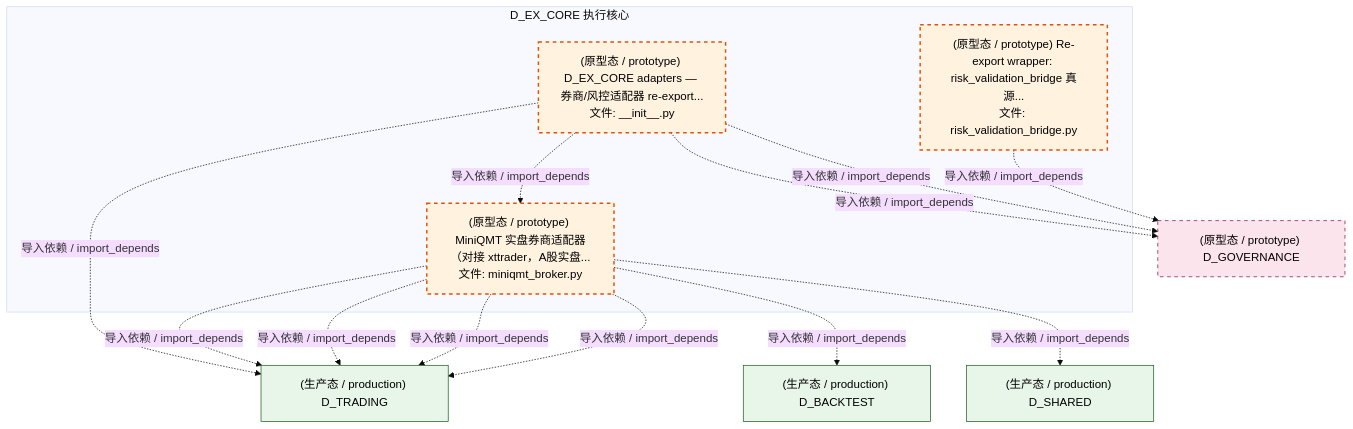
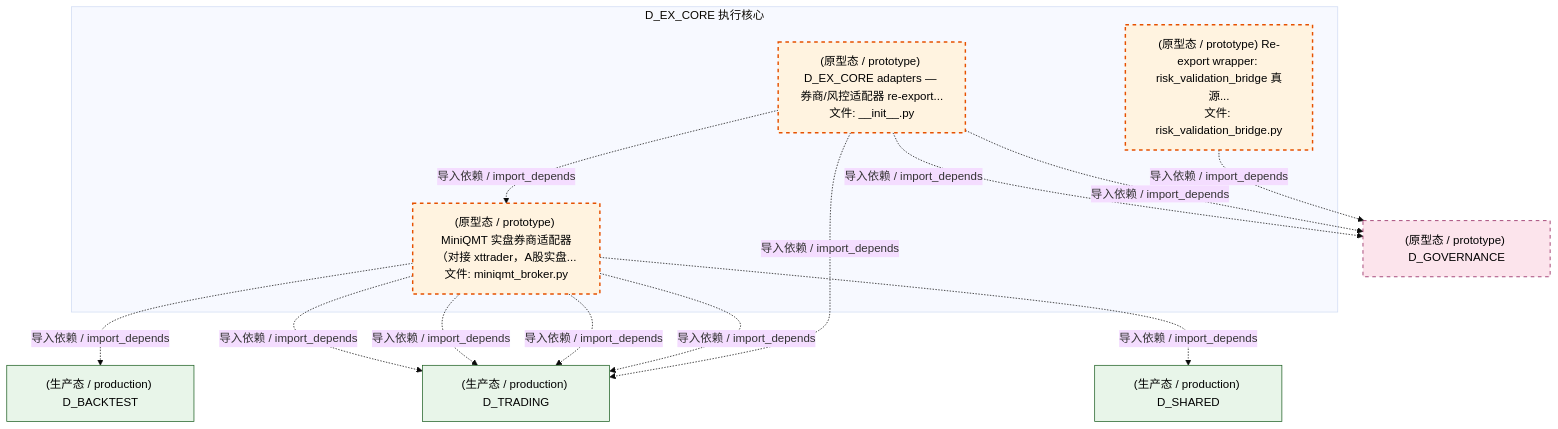
Before and after one commit to xuanFelixVan/ZephyrAlpha: the fourth of 5 diagrams in docs/02_enterprise_architecture/02_domain_architecture_docs/34_d_ex_core.md, drawn with Mermaid (base theme). The commit also changed other lines of this file and 98 other files, not shown here.

````diff
--- a/docs/02_enterprise_architecture/02_domain_architecture_docs/34_d_ex_core.md
+++ b/docs/02_enterprise_architecture/02_domain_architecture_docs/34_d_ex_core.md
@@ -184,30 +184,30 @@
 ```mermaid
 graph TD
     subgraph D_EX_CORE["D_EX_CORE 执行核心"]
         src_zephyr_ex_core_adapters_init_py["(原型态 / prototype) D_EX_CORE adapters — 券商/风控适配器 re-export...<br/>文件: __init__.py"]
         src_zephyr_ex_core_adapters_miniqmt_broker_py["(原型态 / prototype) MiniQMT 实盘券商适配器（对接 xttrader，A股实盘...<br/>文件: miniqmt_broker.py"]
         src_zephyr_ex_core_adapters_risk_validation_bridge_py["(原型态 / prototype) Re-export wrapper: risk_validation_bridge 真源...<br/>文件: risk_validation_bridge.py"]
     end
     src_zephyr_ex_core_adapters_init_py -.->|导入依赖 / import_depends| src_zephyr_ex_core_adapters_miniqmt_broker_py
     D_GOVERNANCE["(原型态 / prototype) D_GOVERNANCE"]
+    src_zephyr_ex_core_adapters_risk_validation_bridge_py -.->|导入依赖 / import_depends| D_GOVERNANCE
     src_zephyr_ex_core_adapters_init_py -.->|导入依赖 / import_depends| D_GOVERNANCE
     D_TRADING["(生产态 / production) D_TRADING"]
     src_zephyr_ex_core_adapters_init_py -.->|导入依赖 / import_depends| D_TRADING
     src_zephyr_ex_core_adapters_init_py -.->|导入依赖 / import_depends| D_GOVERNANCE
-    src_zephyr_ex_core_adapters_risk_validation_bridge_py -.->|导入依赖 / import_depends| D_GOVERNANCE
     src_zephyr_ex_core_adapters_miniqmt_broker_py -.->|导入依赖 / import_depends| D_TRADING
     D_BACKTEST["(生产态 / production) D_BACKTEST"]
     src_zephyr_ex_core_adapters_miniqmt_broker_py -.->|导入依赖 / import_depends| D_BACKTEST
     src_zephyr_ex_core_adapters_miniqmt_broker_py -.->|导入依赖 / import_depends| D_TRADING
     src_zephyr_ex_core_adapters_miniqmt_broker_py -.->|导入依赖 / import_depends| D_TRADING
     D_SHARED["(生产态 / production) D_SHARED"]
     src_zephyr_ex_core_adapters_miniqmt_broker_py -.->|导入依赖 / import_depends| D_SHARED
     src_zephyr_ex_core_adapters_miniqmt_broker_py -.->|导入依赖 / import_depends| D_TRADING
     classDef production fill:#e1f5fe,stroke:#01579b,stroke-width:2px,color:#000
     classDef design fill:#fff3e0,stroke:#e65100,stroke-width:2px,color:#000,stroke-dasharray: 5 5
     classDef external_prod fill:#e8f5e9,stroke:#1b5e20,stroke-width:1px,color:#000
     classDef external_design fill:#fce4ec,stroke:#880e4f,stroke-width:1px,color:#000,stroke-dasharray: 5 5
     class src_zephyr_ex_core_adapters_init_py,src_zephyr_ex_core_adapters_miniqmt_broker_py,src_zephyr_ex_core_adapters_risk_validation_bridge_py design
     class D_TRADING,D_BACKTEST,D_SHARED external_prod
     class D_GOVERNANCE external_design
 ```
````
